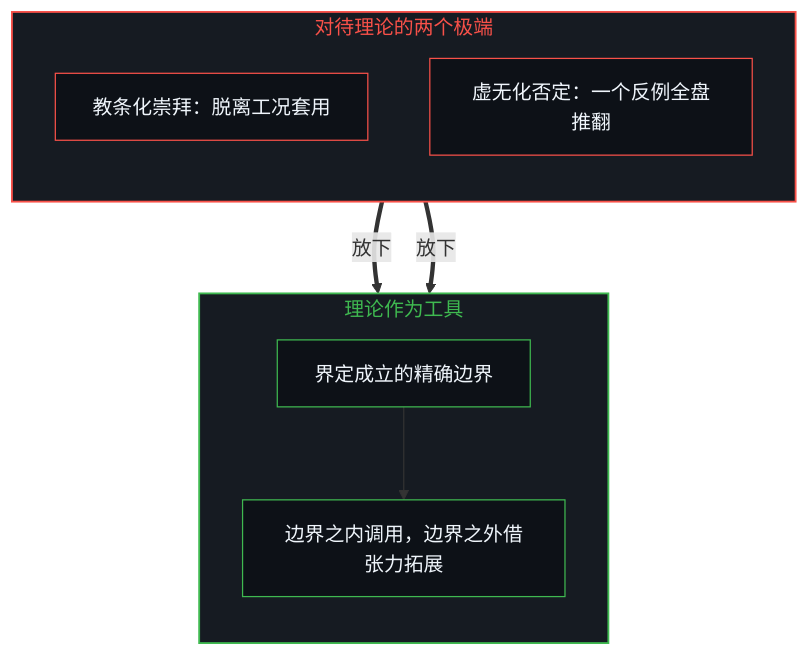
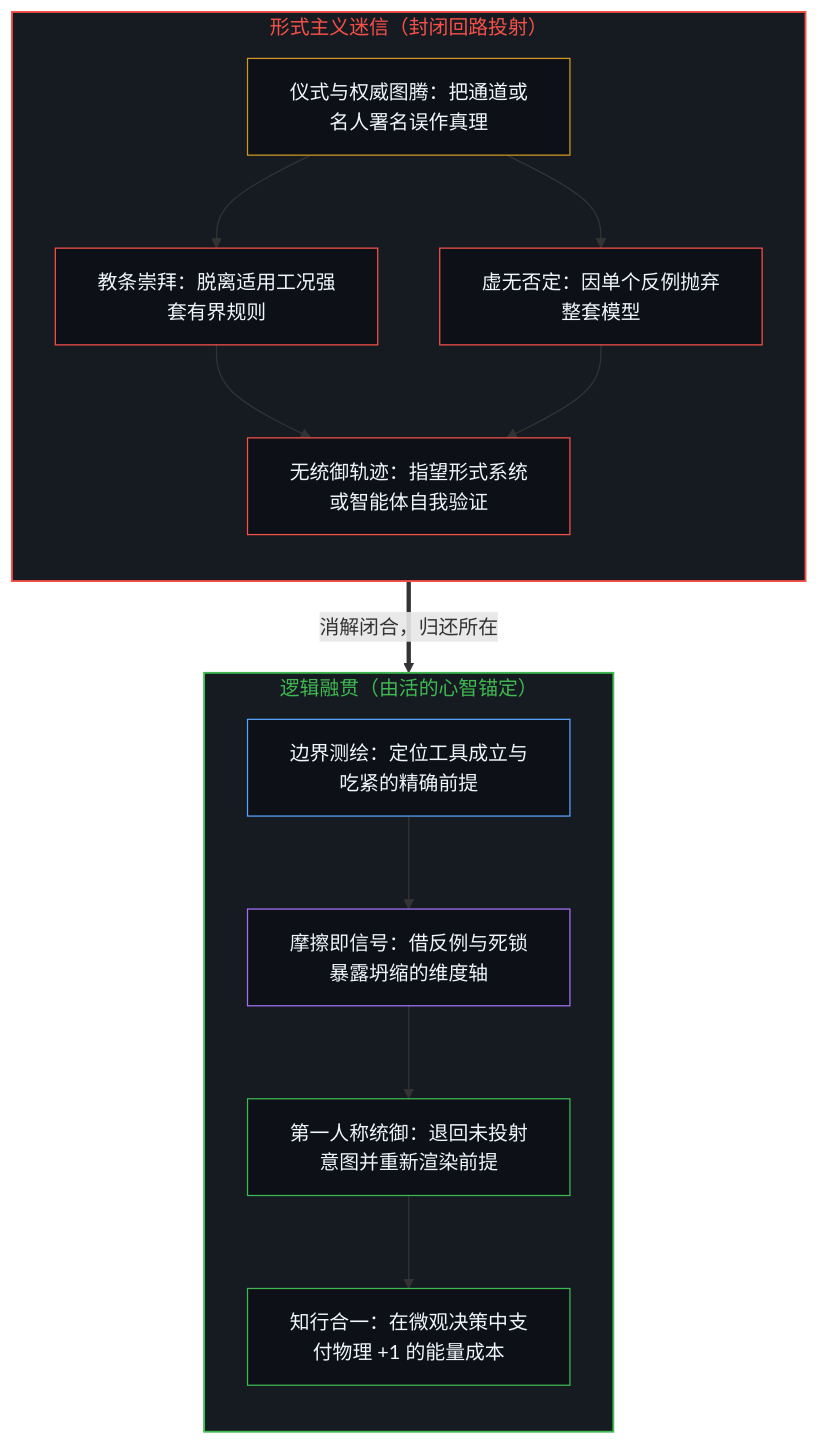
One commit to powerpig99/not-a-toe changed the first of 2 diagrams in content/posts/cong-xing-shi-mi-si-dao-luo-ji-bi-huan.md. Above: the diagram before and after it, drawn with Mermaid. The commit also changed other lines of this file and 2 other files, not shown here.

````diff
--- a/content/posts/cong-xing-shi-mi-si-dao-luo-ji-bi-huan.md
+++ b/content/posts/cong-xing-shi-mi-si-dao-luo-ji-bi-huan.md
@@ -45,22 +45,36 @@
 ```mermaid
 flowchart TD
-    subgraph S_Two["对待理论的两个极端"]
+    subgraph S_Myth["形式主义迷信（封闭回路投射）"]
         direction TB
-        D1["教条化崇拜：脱离工况套用"]
-        N1["虚无化否定：一个反例全盘推翻"]
+        M_Form["仪式与权威图腾：把通道或名人署名误作真理"]
+        M_Dogma["教条崇拜：脱离适用工况强套有界规则"]
+        M_Nihil["虚无否定：因单个反例抛弃整套模型"]
+        M_Agent["无统御轨迹：指望形式系统或智能体自我验证"]
+        M_Form --> M_Dogma
+        M_Form --> M_Nihil
+        M_Dogma --> M_Agent
+        M_Nihil --> M_Agent
     end
-    subgraph S_Tool["理论作为工具"]
+
+    subgraph S_Coherence["逻辑融贯（由活的心智锚定）"]
         direction TB
-        T1["界定成立的精确边界"]
-        T2["边界之内调用，边界之外借张力拓展"]
+        C_Bound["边界测绘：定位工具成立与吃紧的精确前提"]
+        C_Signal["摩擦即信号：借反例与死锁暴露坍缩的维度轴"]
+        C_Steer["第一人称统御：退回未投射意图并重新渲染前提"]
+        C_Act["知行合一：在微观决策中支付物理 +1 的能量成本"]
+        C_Bound --> C_Signal --> C_Steer --> C_Act
     end
-    D1 ==>|"放下"| T1
-    N1 ==>|"放下"| T1
-    T1 --> T2
-    style S_Two fill:#161b22,stroke:#f85149,stroke-width:1.5px,color:#f85149
-    style S_Tool fill:#161b22,stroke:#3fb950,stroke-width:1.5px,color:#3fb950
-    style D1 fill:#0d1117,stroke:#f85149,stroke-width:1px,color:#f0f6fc
-    style N1 fill:#0d1117,stroke:#f85149,stroke-width:1px,color:#f0f6fc
-    style T1 fill:#0d1117,stroke:#3fb950,stroke-width:1px,color:#f0f6fc
-    style T2 fill:#0d1117,stroke:#3fb950,stroke-width:1px,color:#f0f6fc
+
+    M_Agent ==>|"消解闭合，归还所在"| C_Bound
+
+    style S_Myth fill:#161b22,stroke:#f85149,stroke-width:1.5px,color:#f85149
+    style S_Coherence fill:#161b22,stroke:#3fb950,stroke-width:1.5px,color:#3fb950
+    style M_Form fill:#0d1117,stroke:#d29922,stroke-width:1px,color:#f0f6fc
+    style M_Dogma fill:#0d1117,stroke:#f85149,stroke-width:1px,color:#f0f6fc
+    style M_Nihil fill:#0d1117,stroke:#f85149,stroke-width:1px,color:#f0f6fc
+    style M_Agent fill:#0d1117,stroke:#f85149,stroke-width:1px,color:#f0f6fc
+    style C_Bound fill:#0d1117,stroke:#58a6ff,stroke-width:1px,color:#f0f6fc
+    style C_Signal fill:#0d1117,stroke:#a371f7,stroke-width:1px,color:#f0f6fc
+    style C_Steer fill:#0d1117,stroke:#3fb950,stroke-width:1px,color:#f0f6fc
+    style C_Act fill:#0d1117,stroke:#3fb950,stroke-width:1px,color:#f0f6fc
 ```
````
